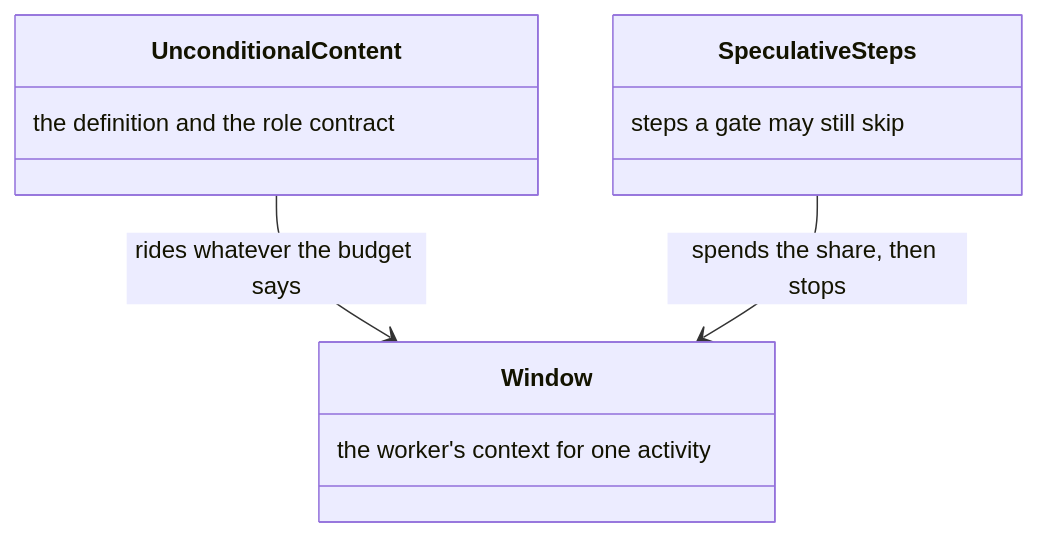
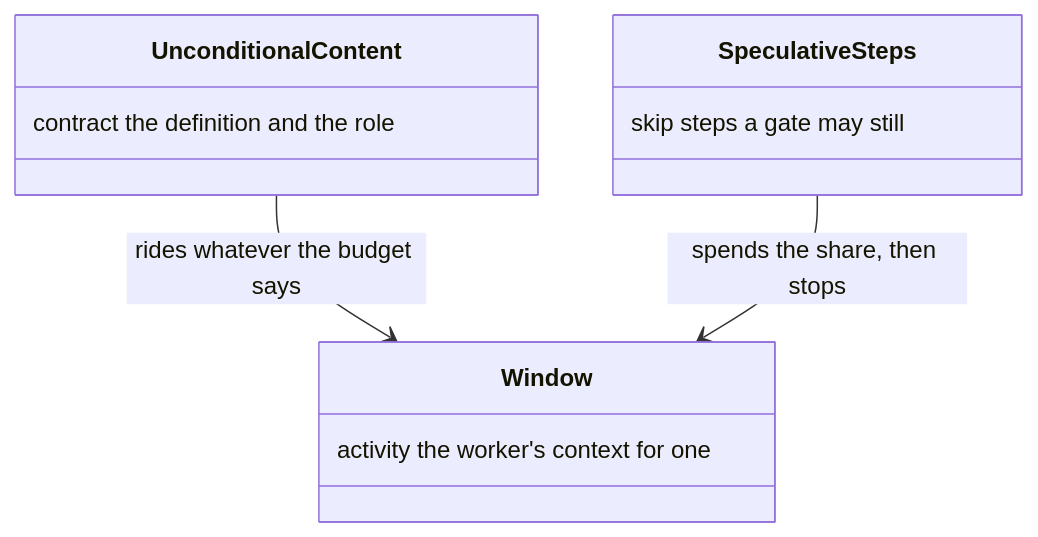
One commit to m2ux/workflow-server changed diagram 14 of 26 in docs/delivery.md. Above: the diagram before and after it, drawn with Mermaid. The commit also changed other lines of this file and 13 other files, not shown here.

````diff
--- a/docs/delivery.md
+++ b/docs/delivery.md
@@ -251,14 +251,14 @@
 ```mermaid
 classDiagram
   class Window {
-    the worker's context for one activity
+    activity the worker's context for one
   }
   class UnconditionalContent {
-    the definition and the role contract
+    contract the definition and the role
   }
   class SpeculativeSteps {
-    steps a gate may still skip
+    skip steps a gate may still
   }
   UnconditionalContent --> Window : rides whatever the budget says
   SpeculativeSteps --> Window : spends the share, then stops
 ```
````
